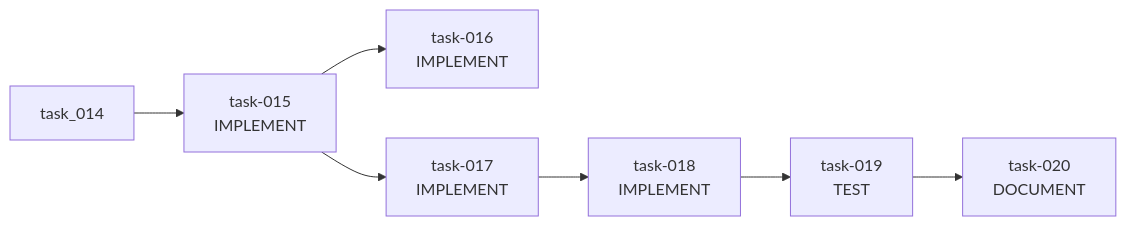
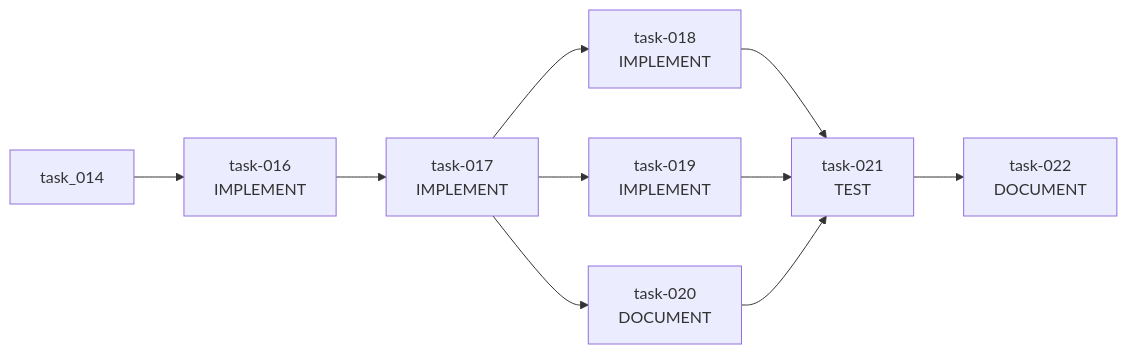
The third of 5 diagrams in .aid/works/work-001-agent-chat/PLAN.md (AndreVianna/aid-methodology), drawn with Mermaid before and after one commit. The commit also changed other lines of this file and 49 other files, not shown here.

````diff
--- a/.aid/works/work-001-agent-chat/PLAN.md
+++ b/.aid/works/work-001-agent-chat/PLAN.md
@@ -253,15 +257,19 @@
 ```mermaid
 graph LR
-  task_015["task-015<br/>IMPLEMENT"]
   task_016["task-016<br/>IMPLEMENT"]
   task_017["task-017<br/>IMPLEMENT"]
   task_018["task-018<br/>IMPLEMENT"]
-  task_019["task-019<br/>TEST"]
+  task_019["task-019<br/>IMPLEMENT"]
   task_020["task-020<br/>DOCUMENT"]
-  task_014 --> task_015
-  task_015 --> task_016
-  task_015 --> task_017
+  task_021["task-021<br/>TEST"]
+  task_022["task-022<br/>DOCUMENT"]
+  task_014 --> task_016
+  task_016 --> task_017
   task_017 --> task_018
-  task_018 --> task_019
-  task_019 --> task_020
+  task_017 --> task_019
+  task_017 --> task_020
+  task_018 --> task_021
+  task_019 --> task_021
+  task_020 --> task_021
+  task_021 --> task_022
 ```
````
